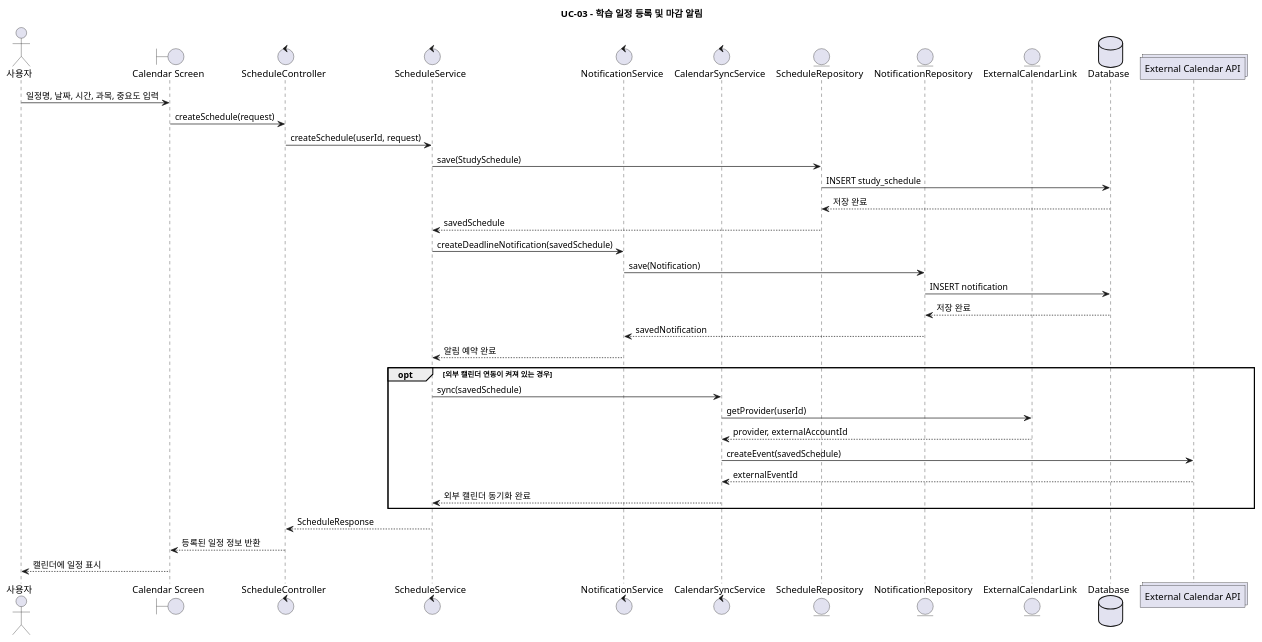
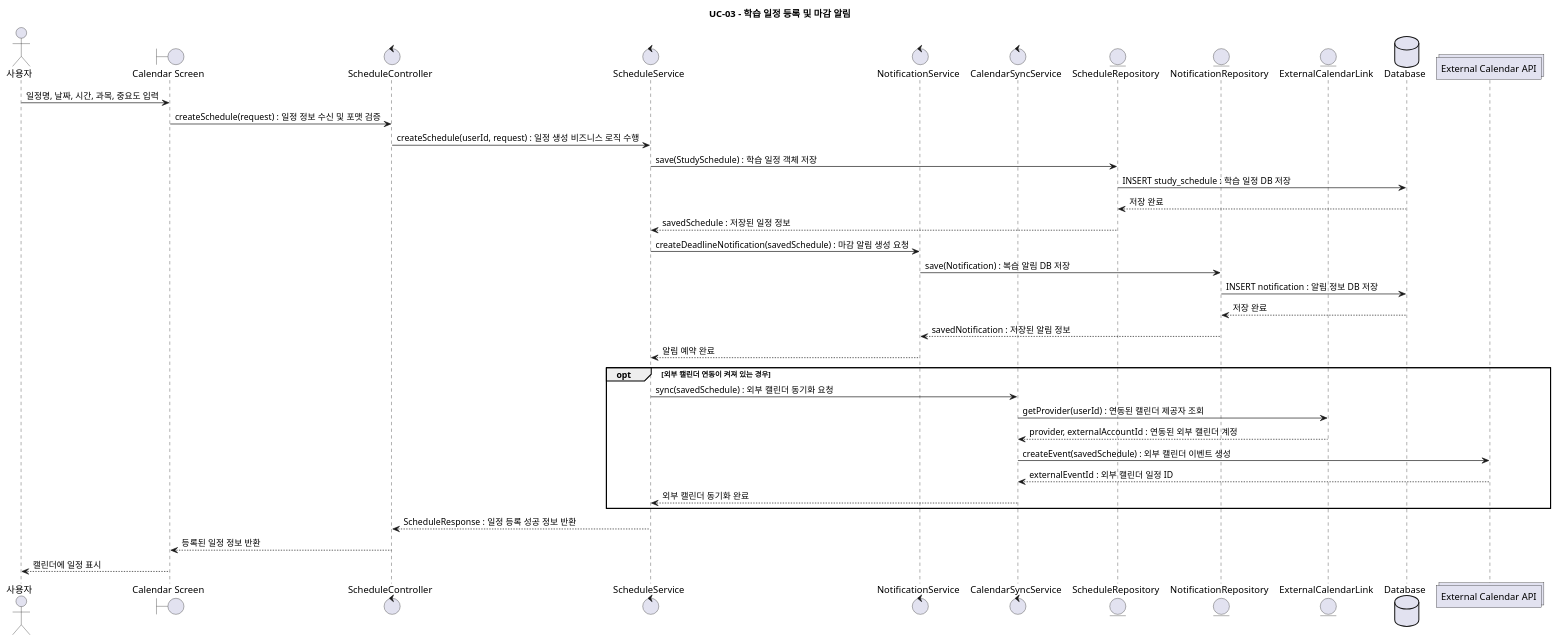
One commit to jeongiryang/SoftwareEngineering_team15_project_-Smart-Edu-Platform changed the second of 15 diagrams in docs/design/plantuml/sequence-diagrams.puml. Above: the diagram before and after it, drawn with PlantUML. The commit also changed other lines of this file and 18 other files, not shown here.

```diff
--- a/docs/design/plantuml/sequence-diagrams.puml
+++ b/docs/design/plantuml/sequence-diagrams.puml
@@ -61,44 +61,44 @@
 @startuml UC03_CreateSchedule
 title UC-03 - 학습 일정 등록 및 마감 알림
 
 actor "사용자" as User
 boundary "Calendar Screen" as UI
 control "ScheduleController" as ScheduleController
 control "ScheduleService" as ScheduleService
 control "NotificationService" as NotificationService
 control "CalendarSyncService" as CalendarSyncService
 entity "ScheduleRepository" as ScheduleRepository
 entity "NotificationRepository" as NotificationRepository
 entity "ExternalCalendarLink" as ExternalCalendarLink
 database "Database" as DB
 collections "External Calendar API" as ExternalCalendarAPI
 
 User -> UI: 일정명, 날짜, 시간, 과목, 중요도 입력
-UI -> ScheduleController: createSchedule(request)
-ScheduleController -> ScheduleService: createSchedule(userId, request)
-ScheduleService -> ScheduleRepository: save(StudySchedule)
-ScheduleRepository -> DB: INSERT study_schedule
+UI -> ScheduleController: createSchedule(request) : 일정 정보 수신 및 포맷 검증
+ScheduleController -> ScheduleService: createSchedule(userId, request) : 일정 생성 비즈니스 로직 수행
+ScheduleService -> ScheduleRepository: save(StudySchedule) : 학습 일정 객체 저장
+ScheduleRepository -> DB: INSERT study_schedule : 학습 일정 DB 저장
 DB --> ScheduleRepository: 저장 완료
-ScheduleRepository --> ScheduleService: savedSchedule
+ScheduleRepository --> ScheduleService: savedSchedule : 저장된 일정 정보
 
-ScheduleService -> NotificationService: createDeadlineNotification(savedSchedule)
-NotificationService -> NotificationRepository: save(Notification)
-NotificationRepository -> DB: INSERT notification
+ScheduleService -> NotificationService: createDeadlineNotification(savedSchedule) : 마감 알림 생성 요청
+NotificationService -> NotificationRepository: save(Notification) : 복습 알림 DB 저장
+NotificationRepository -> DB: INSERT notification : 알림 정보 DB 저장
 DB --> NotificationRepository: 저장 완료
-NotificationRepository --> NotificationService: savedNotification
+NotificationRepository --> NotificationService: savedNotification : 저장된 알림 정보
 NotificationService --> ScheduleService: 알림 예약 완료
 
 opt 외부 캘린더 연동이 켜져 있는 경우
-  ScheduleService -> CalendarSyncService: sync(savedSchedule)
-  CalendarSyncService -> ExternalCalendarLink: getProvider(userId)
-  ExternalCalendarLink --> CalendarSyncService: provider, externalAccountId
-  CalendarSyncService -> ExternalCalendarAPI: createEvent(savedSchedule)
-  ExternalCalendarAPI --> CalendarSyncService: externalEventId
+  ScheduleService -> CalendarSyncService: sync(savedSchedule) : 외부 캘린더 동기화 요청
+  CalendarSyncService -> ExternalCalendarLink: getProvider(userId) : 연동된 캘린더 제공자 조회
+  ExternalCalendarLink --> CalendarSyncService: provider, externalAccountId : 연동된 외부 캘린더 계정
+  CalendarSyncService -> ExternalCalendarAPI: createEvent(savedSchedule) : 외부 캘린더 이벤트 생성
+  ExternalCalendarAPI --> CalendarSyncService: externalEventId : 외부 캘린더 일정 ID
   CalendarSyncService --> ScheduleService: 외부 캘린더 동기화 완료
 end
 
-ScheduleService --> ScheduleController: ScheduleResponse
+ScheduleService --> ScheduleController: ScheduleResponse : 일정 등록 성공 정보 반환
 ScheduleController --> UI: 등록된 일정 정보 반환
 UI --> User: 캘린더에 일정 표시
 
 @enduml
```
